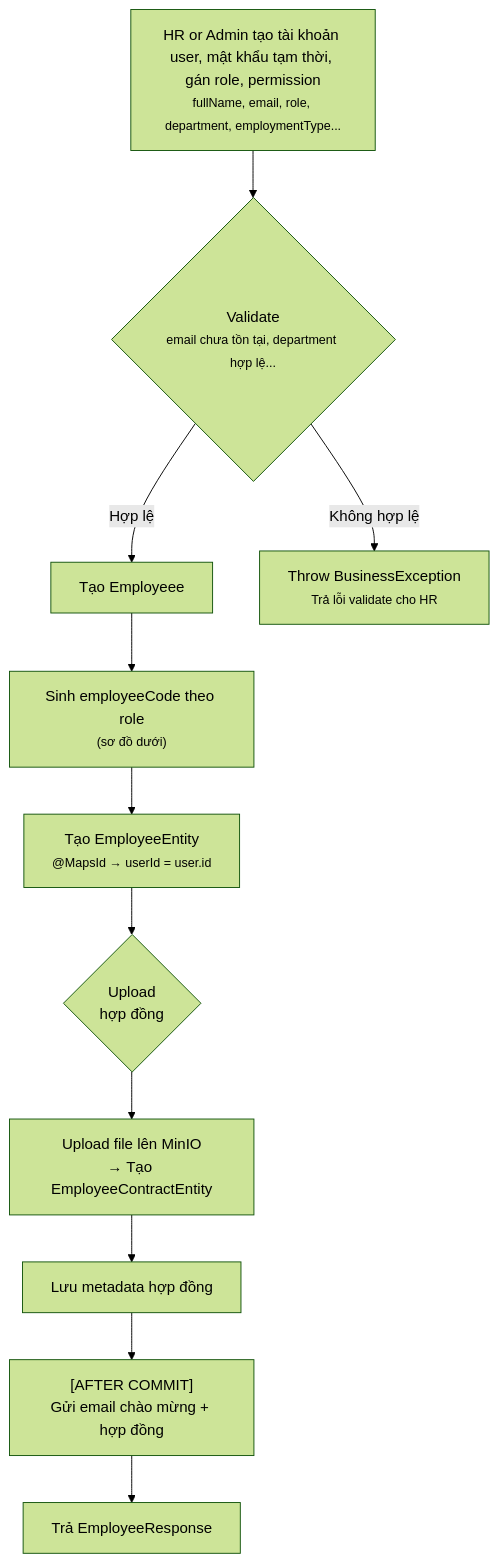
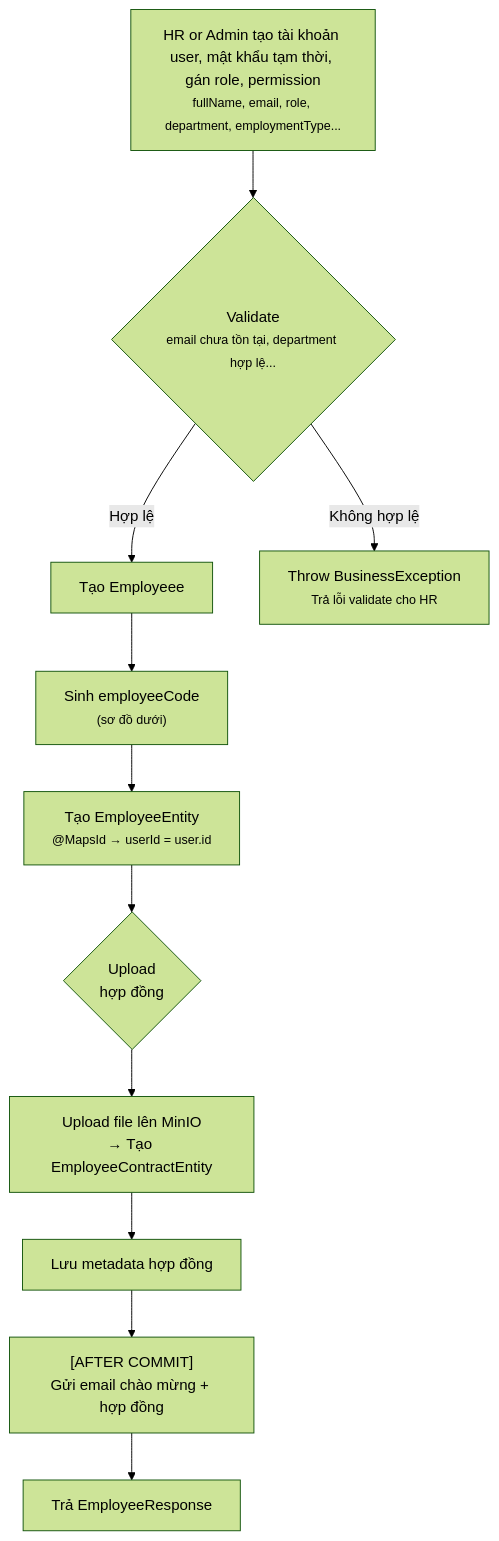
One commit to vutiendat2302/ai-personalized-lms changed the first of 5 diagrams in backend/luong-nghiep-vu-hr-student.md. Above: the diagram before and after it, drawn with Mermaid (forest theme). The commit also changed other lines of this file and 41 other files, not shown here.

````diff
--- a/backend/luong-nghiep-vu-hr-student.md
+++ b/backend/luong-nghiep-vu-hr-student.md
@@ -40,25 +46,25 @@
 ```mermaid
 flowchart TD
     A["HR or Admin tạo tài khoản user, mật khẩu tạm thời, gán role, permission<br/><small>fullName, email, role, department, employmentType...</small>"]
     B{"Validate<br/><small>email chưa tồn tại, department hợp lệ...</small>"}
     C["Tạo Employeee<br/>"]
-    D["Sinh employeeCode theo role<br/><small>(sơ đồ dưới)</small>"]
+    D["Sinh employeeCode<br/><small>(sơ đồ dưới)</small>"]
     E["Tạo EmployeeEntity<br/><small>@MapsId → userId = user.id</small>"]
     G{"Upload<br/>hợp đồng"}
     H["Upload file lên MinIO<br/>→ Tạo EmployeeContractEntity"]
     I["Lưu metadata hợp đồng"]
     J["[AFTER COMMIT]<br/>Gửi email chào mừng + hợp đồng"]
     K["Trả EmployeeResponse"]
     X["Throw BusinessException<br/><small>Trả lỗi validate cho HR</small>"]
  
     A --> B
     B -->|Không hợp lệ| X
     B -->|Hợp lệ| C
     C --> D
     D --> E
     E --> G
     G --> H
     H --> I
     I --> J
     J --> K
 ```
````
